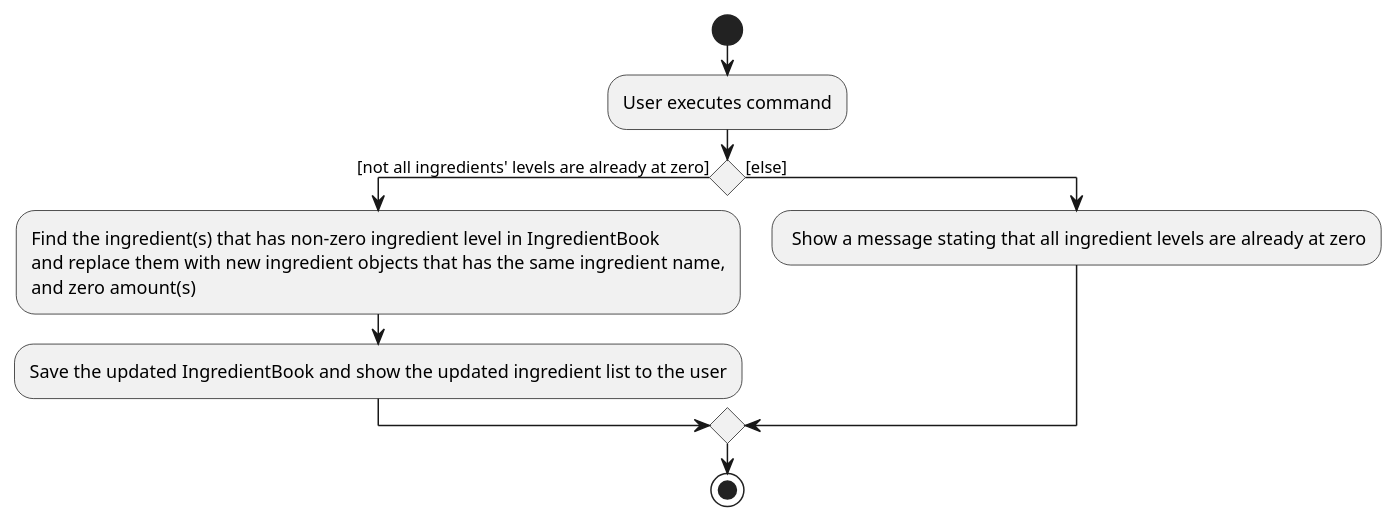
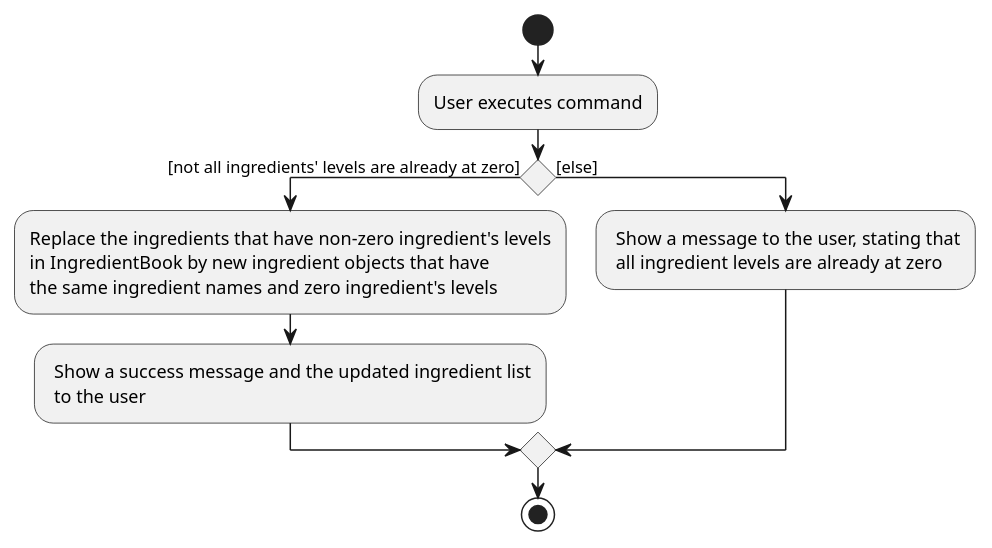
One commit to nus-cs2103-AY2021S1/tp changed the diagram in docs/diagrams/IngredientResetAllActivityDiagram.puml. Above: the diagram before and after it, drawn with PlantUML. The commit also changed 2 other files, not shown here.

```diff
--- a/docs/diagrams/IngredientResetAllActivityDiagram.puml
+++ b/docs/diagrams/IngredientResetAllActivityDiagram.puml
@@ -1,17 +1,19 @@
 @startuml
 start
 :User executes command;
 
 'Since the beta syntax does not support placing the condition outside the
 'diamond we place it as the true branch instead.
 
 if () then ([not all ingredients' levels are already at zero])
-    :Find the ingredient(s) that has non-zero ingredient level in IngredientBook
-    and replace them with new ingredient objects that has the same ingredient name,
-    and zero amount(s);
-    :Save the updated IngredientBook and show the updated ingredient list to the user;
+    :Replace the ingredients that have non-zero ingredient's levels
+    in IngredientBook by new ingredient objects that have
+    the same ingredient names and zero ingredient's levels;
+    : Show a success message and the updated ingredient list
+     to the user;
 else ([else])
-    : Show a message stating that all ingredient levels are already at zero;
+    : Show a message to the user, stating that
+     all ingredient levels are already at zero;
 endif
 stop
 @enduml
```
